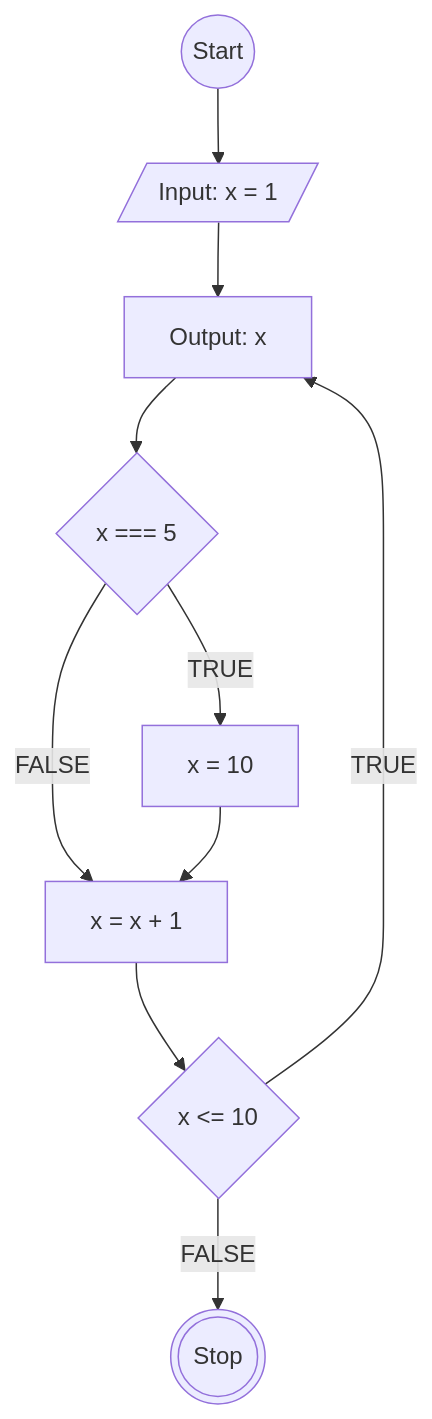
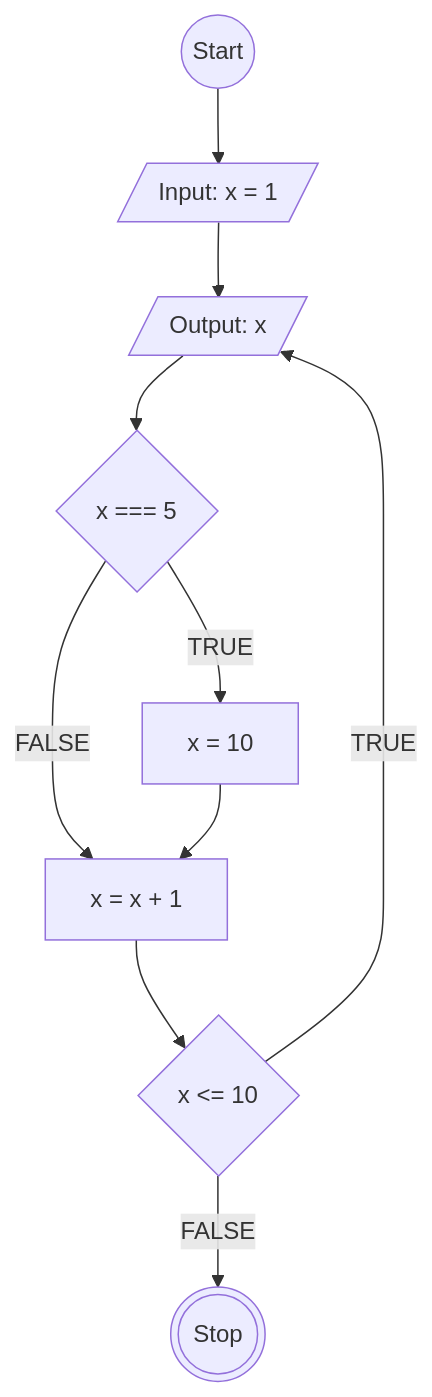
The second of 2 diagrams in flowchart-loop.md (makarim22/koda-b6-javascript1), drawn with Mermaid before and after one commit. The commit also changed other lines of this file, not shown here.

````diff
--- a/flowchart-loop.md
+++ b/flowchart-loop.md
@@ -34,30 +34,30 @@
 ```mermaid
 flowchart TD
 
 A@{ shape: circle, label: "Start" } --> B
 
 B@{ shape: lean-r, label: "Input: x = 1" } --> C
 
-C@{ shape: rect, label: "Output: x" } --> D
+C@{ shape: lean-r, label: "Output: x" } --> D
 
 D@{ shape: diamond, label: " x === 5" }
 
 E@{ shape: rect, label: "x = 10" }
 
 F@{ shape: rect, label: "x = x + 1" }
 
 G@{ shape: diamond, label: "x <= 10" }
 
 H@{ shape: dbl-circ, label: "Stop" }
 
 
 D -- "TRUE" --> E
 D -- "FALSE" --> F
 
 E --> F
 F --> G
 
 G -- "TRUE" --> C
 G -- "FALSE" --> H
 
 ```
````
